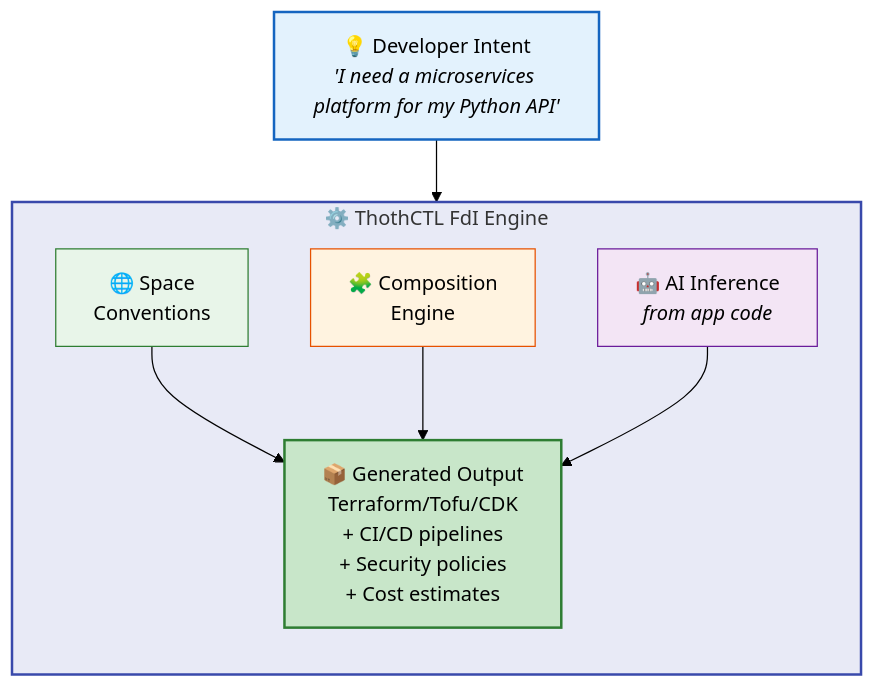
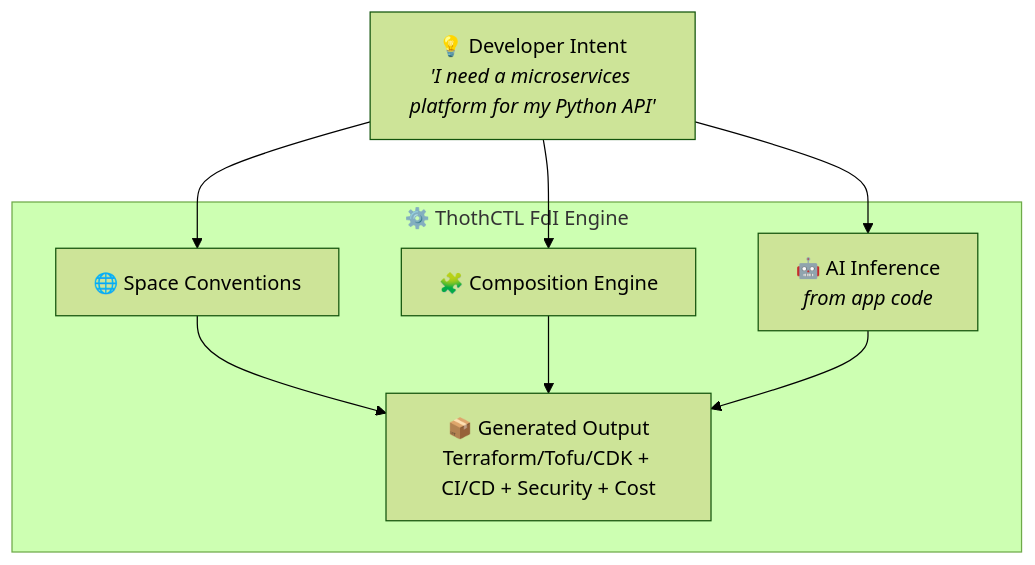
The first of 2 diagrams in docs/framework/roadmap_fdi.md (thothforge/thothctl), drawn with Mermaid (forest theme) before and after one commit. The commit also changed other lines of this file and 1 other file, not shown here.

Commit message:
fix(docs): align mermaid diagram style with ai-review README conventions

````diff
--- a/docs/framework/roadmap_fdi.md
+++ b/docs/framework/roadmap_fdi.md
@@ -7,24 +7,18 @@
 ```mermaid
 graph TB
     INTENT["💡 Developer Intent<br/><i>'I need a microservices platform for my Python API'</i>"]
 
     subgraph FdI["⚙️ ThothCTL FdI Engine"]
-        direction TB
-        SPACE["🌐 Space<br/>Conventions"]
-        COMP["🧩 Composition<br/>Engine"]
+        SPACE["🌐 Space Conventions"]
+        COMP["🧩 Composition Engine"]
         AI["🤖 AI Inference<br/><i>from app code</i>"]
         SPACE --> GEN
         COMP --> GEN
         AI --> GEN
-        GEN["📦 Generated Output<br/>Terraform/Tofu/CDK<br/>+ CI/CD pipelines<br/>+ Security policies<br/>+ Cost estimates"]
+        GEN["📦 Generated Output<br/>Terraform/Tofu/CDK + CI/CD + Security + Cost"]
     end
 
-    INTENT --> FdI
-
-    style INTENT fill:#e3f2fd,stroke:#1565c0,stroke-width:2px
-    style FdI fill:#e8eaf6,stroke:#3949ab,stroke-width:2px
-    style SPACE fill:#e8f5e9,stroke:#2e7d32
-    style COMP fill:#fff3e0,stroke:#e65100
-    style AI fill:#f3e5f5,stroke:#6a1b9a
-    style GEN fill:#c8e6c9,stroke:#2e7d32,stroke-width:2px
+    INTENT --> SPACE
+    INTENT --> COMP
+    INTENT --> AI
 ```
````
